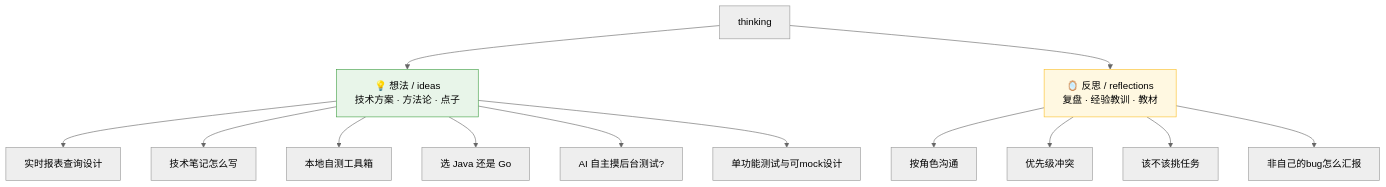
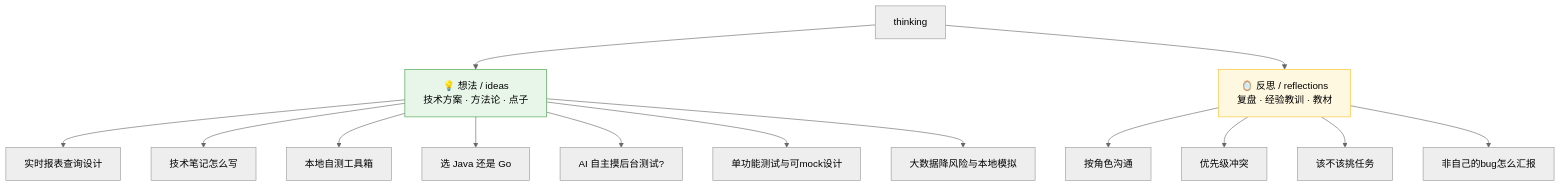
One commit to yishengyuan/thinking changed the first of 2 diagrams in docs/README.md. Above: the diagram before and after it, drawn with Mermaid (neutral theme). The commit also changed other lines of this file and 1 other file, not shown here.

Commit message:
docs: 新增'大数据场景的降风险与本地模拟测试'并更新索引
- 重点:找DBA要'数据画像'清单(行数/增长/索引/倾斜/基数/从库/分片等)+为什么+怎么用
- 降风险手段:EXPLAIN/分批/走从库错峰/online DDL/灰度可回滚
- 本地模拟大数据:造数据vs脱敏快照;DB原生膨胀/批量导入(别用faker逐条);
  分布真实(倾斜/时间)比行数大更重要;本地扛不住退到影子库
- 强调测试环境数据量≠线上的假绿灯陷阱
- README 索引补一行

````diff
--- a/docs/README.md
+++ b/docs/README.md
@@ -6,21 +6,22 @@
 ```mermaid
 flowchart TD
     ROOT[thinking]
     ROOT --> IDEA[💡 想法 / ideas<br/>技术方案 · 方法论 · 点子]
     ROOT --> REF[🪞 反思 / reflections<br/>复盘 · 经验教训 · 教材]
 
     IDEA --> I1[实时报表查询设计]
     IDEA --> I2[技术笔记怎么写]
     IDEA --> I3[本地自测工具箱]
     IDEA --> I4[选 Java 还是 Go]
     IDEA --> I5[AI 自主摸后台测试?]
     IDEA --> I6[单功能测试与可mock设计]
+    IDEA --> I7[大数据降风险与本地模拟]
 
     REF --> R1[按角色沟通]
     REF --> R2[优先级冲突]
     REF --> R3[该不该挑任务]
     REF --> R4[非自己的bug怎么汇报]
 
     style IDEA fill:#e8f5e9,stroke:#43a047
     style REF fill:#fff8e1,stroke:#fbc02d
 ```
````
